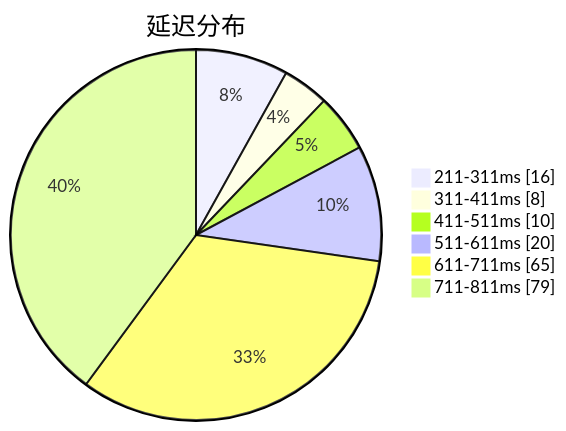
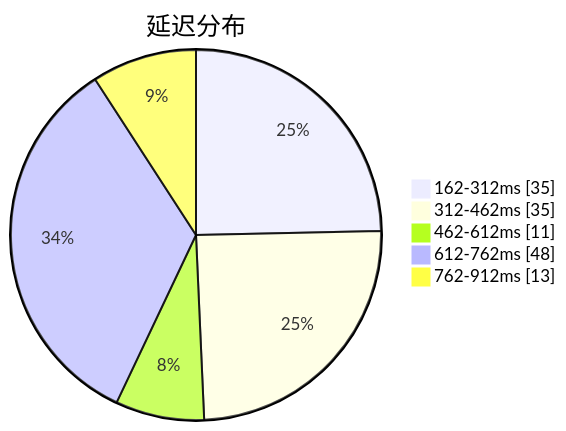
Before and after one commit to qjlxg/airport: the first of 3 diagrams in subs/statistics/tested_within.md, drawn with Mermaid. The commit also changed other lines of this file and 2 other files, not shown here.

````diff
--- a/subs/statistics/tested_within.md
+++ b/subs/statistics/tested_within.md
@@ -2,10 +2,9 @@
 ```mermaid
 pie showData
 title 延迟分布
-"211-311ms" : 16
-"311-411ms" : 8
-"411-511ms" : 10
-"511-611ms" : 20
-"611-711ms" : 65
-"711-811ms" : 79
+"162-312ms" : 35
+"312-462ms" : 35
+"462-612ms" : 11
+"612-762ms" : 48
+"762-912ms" : 13
 ```
````
